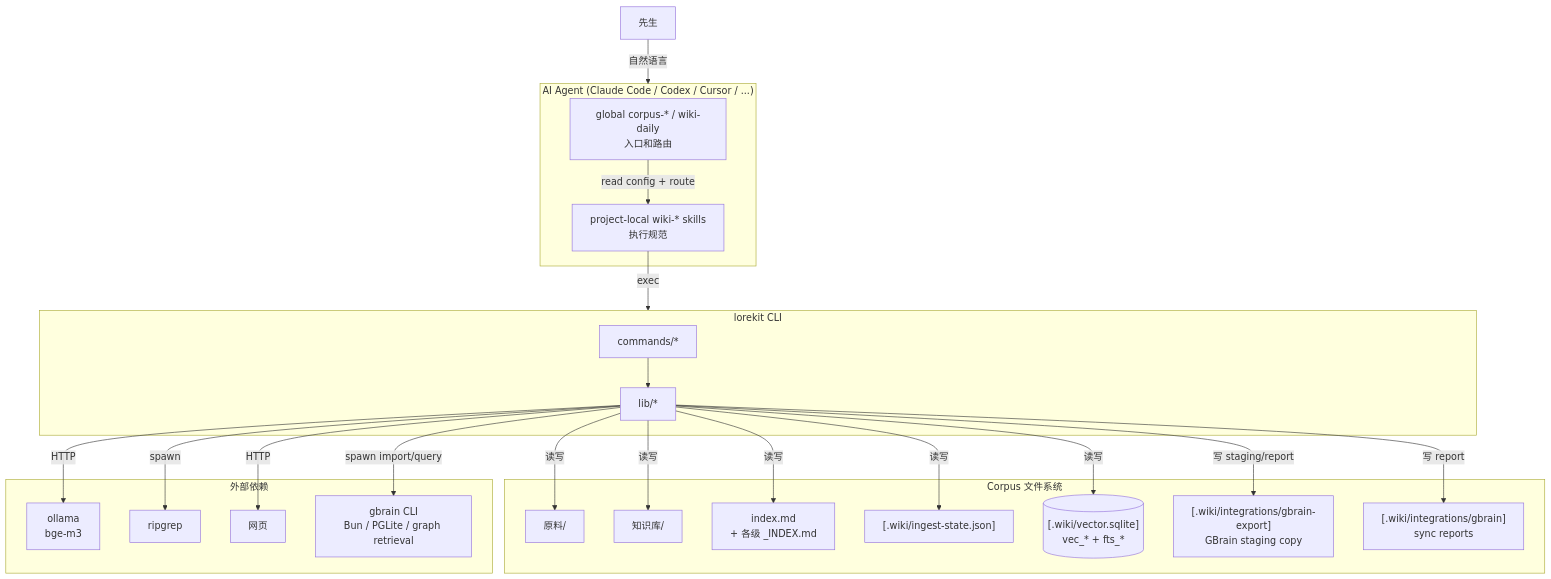
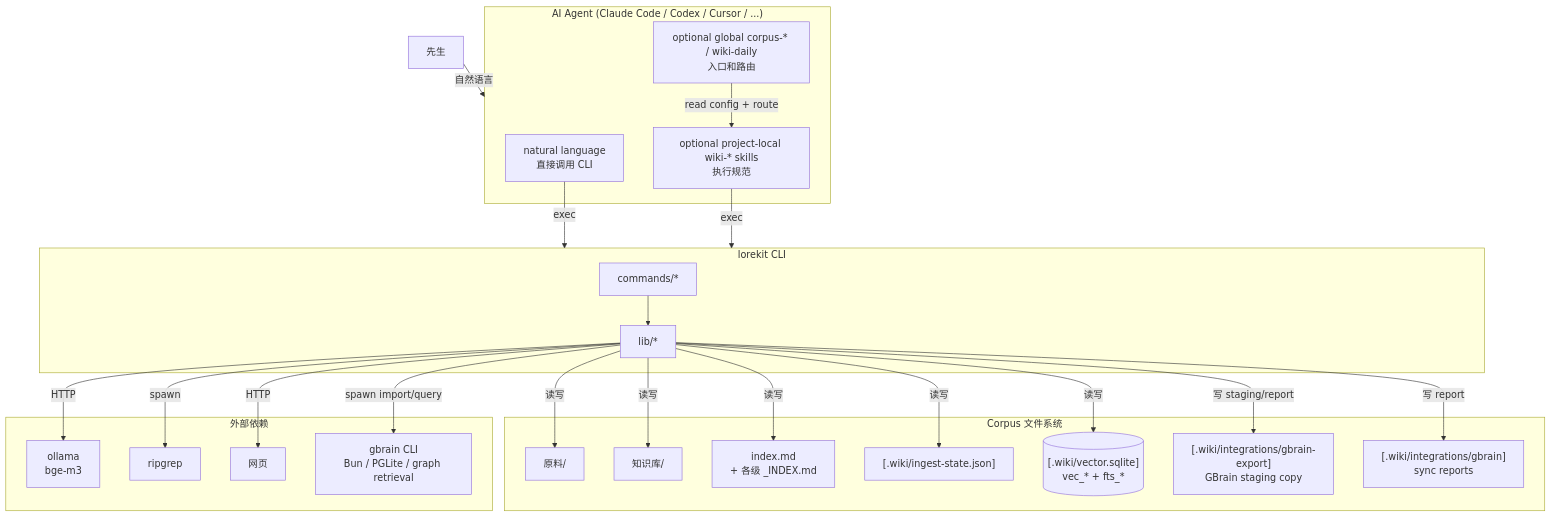
Before and after one commit to GYF0311/lorekit: the first of 5 diagrams in docs/ARCHITECTURE.md, drawn with Mermaid. The commit also changed other lines of this file and 7 other files, not shown here.

````diff
--- a/docs/ARCHITECTURE.md
+++ b/docs/ARCHITECTURE.md
@@ -22,45 +22,47 @@
 ```mermaid
 flowchart TB
   subgraph Agent["AI Agent (Claude Code / Codex / Cursor / ...)"]
-    GlobalSkills["global corpus-* / wiki-daily<br/>入口和路由"]
-    ProjectSkills["project-local wiki-* skills<br/>执行规范"]
+    Natural["natural language<br/>直接调用 CLI"]
+    GlobalSkills["optional global corpus-* / wiki-daily<br/>入口和路由"]
+    ProjectSkills["optional project-local wiki-* skills<br/>执行规范"]
   end
 
   subgraph CLI["lorekit CLI"]
     Cmd["commands/*"]
     Lib["lib/*"]
     Cmd --> Lib
   end
 
   subgraph Corpus["Corpus 文件系统"]
     Raw["原料/"]
     Wiki["知识库/"]
     Index["index.md<br/>+ 各级 _INDEX.md"]
     State["[.wiki/ingest-state.json]"]
     Vec[("[.wiki/vector.sqlite]<br/>vec_* + fts_*")]
     GBrainExport["[.wiki/integrations/gbrain-export]<br/>GBrain staging copy"]
     GBrainReport["[.wiki/integrations/gbrain]<br/>sync reports"]
   end
 
   subgraph External["外部依赖"]
     Ollama["ollama<br/>bge-m3"]
     RG["ripgrep"]
     Web["网页"]
     GBrain["gbrain CLI<br/>Bun / PGLite / graph retrieval"]
   end
 
   User["先生"] -->|自然语言| Agent
+  Natural -->|exec| CLI
   GlobalSkills -->|read config + route| ProjectSkills
   ProjectSkills -->|exec| CLI
   Lib -->|读写| Raw
   Lib -->|读写| Wiki
   Lib -->|读写| Index
   Lib -->|读写| State
   Lib -->|读写| Vec
   Lib -->|写 staging/report| GBrainExport
   Lib -->|写 report| GBrainReport
   Lib -->|HTTP| Ollama
   Lib -->|HTTP| Web
   Lib -->|spawn| RG
   Lib -->|spawn import/query| GBrain
 ```
````
